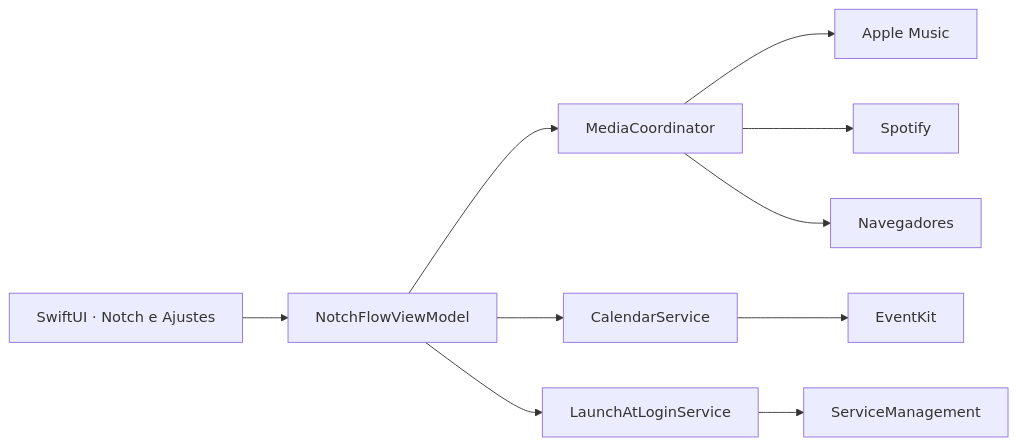
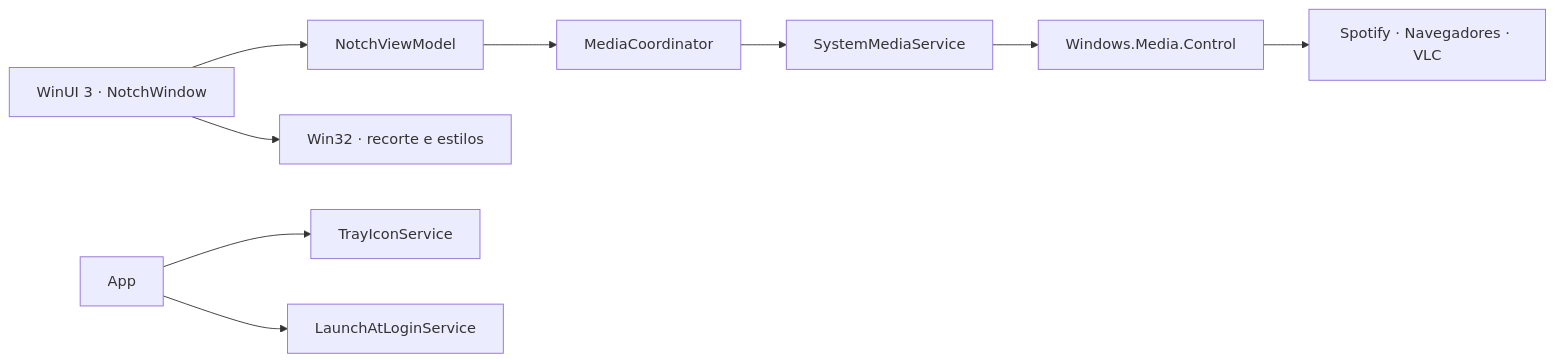
Before and after one commit to edusgouveia/NotchFlow-Win: the diagram in README.md, drawn with Mermaid. The commit also changed other lines of this file and 78 other files, not shown here.

````diff
--- a/README.md
+++ b/README.md
@@ -129,12 +132,11 @@
 ```mermaid
 flowchart LR
-    UI["SwiftUI · Notch e Ajustes"] --> VM["NotchFlowViewModel"]
+    UI["WinUI 3 · NotchWindow"] --> VM["NotchViewModel"]
+    UI --> WIN32["Win32 · recorte e estilos"]
     VM --> MEDIA["MediaCoordinator"]
-    VM --> CAL["CalendarService"]
-    VM --> LOGIN["LaunchAtLoginService"]
-    MEDIA --> MUSIC["Apple Music"]
-    MEDIA --> SPOTIFY["Spotify"]
-    MEDIA --> BROWSER["Navegadores"]
-    CAL --> EVENTKIT["EventKit"]
-    LOGIN --> SM["ServiceManagement"]
+    MEDIA --> SMTC["SystemMediaService"]
+    SMTC --> WINRT["Windows.Media.Control"]
+    WINRT --> PLAYERS["Spotify · Navegadores · VLC"]
+    APP["App"] --> TRAY["TrayIconService"]
+    APP --> LOGIN["LaunchAtLoginService"]
 ```
````
